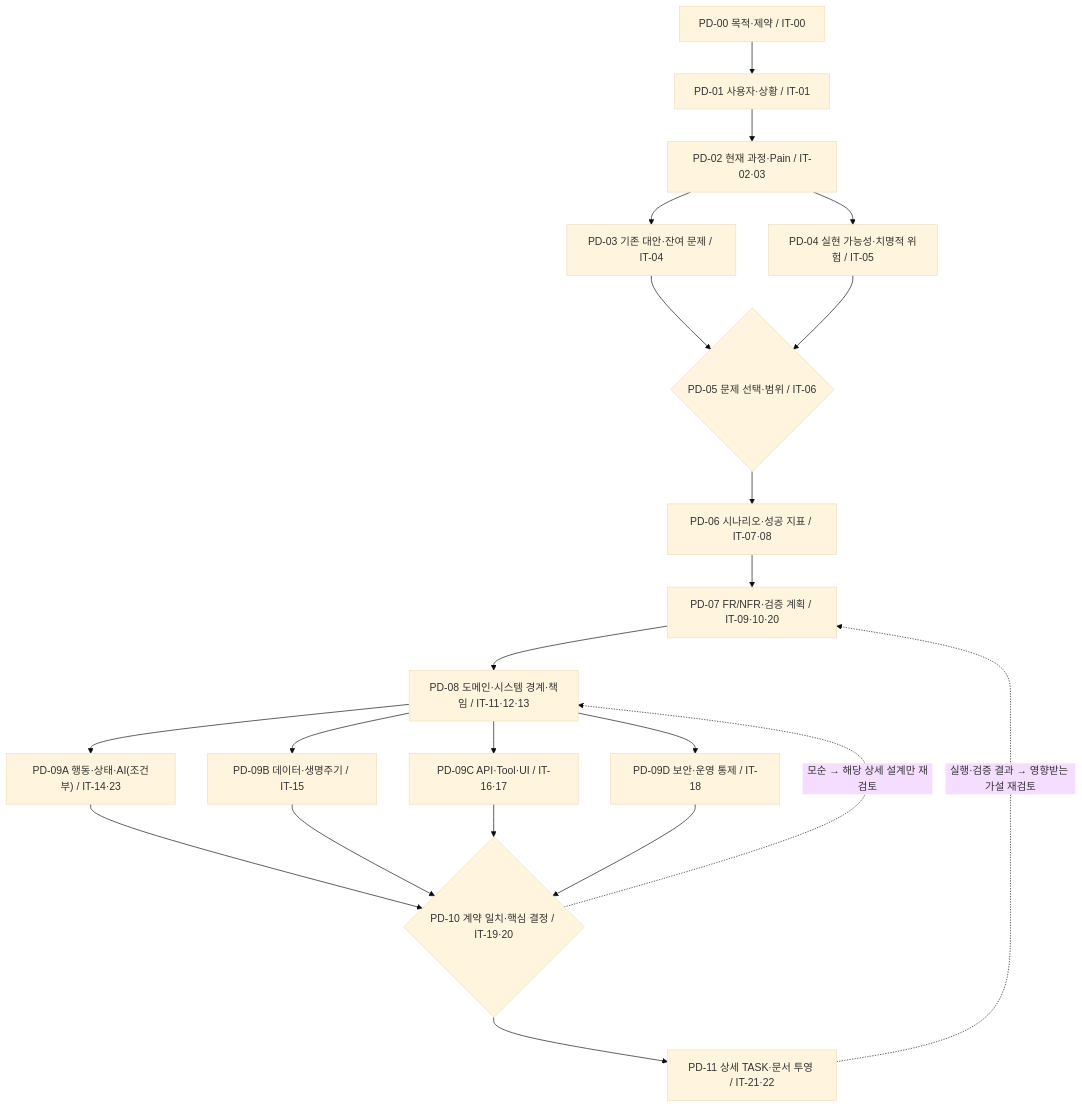
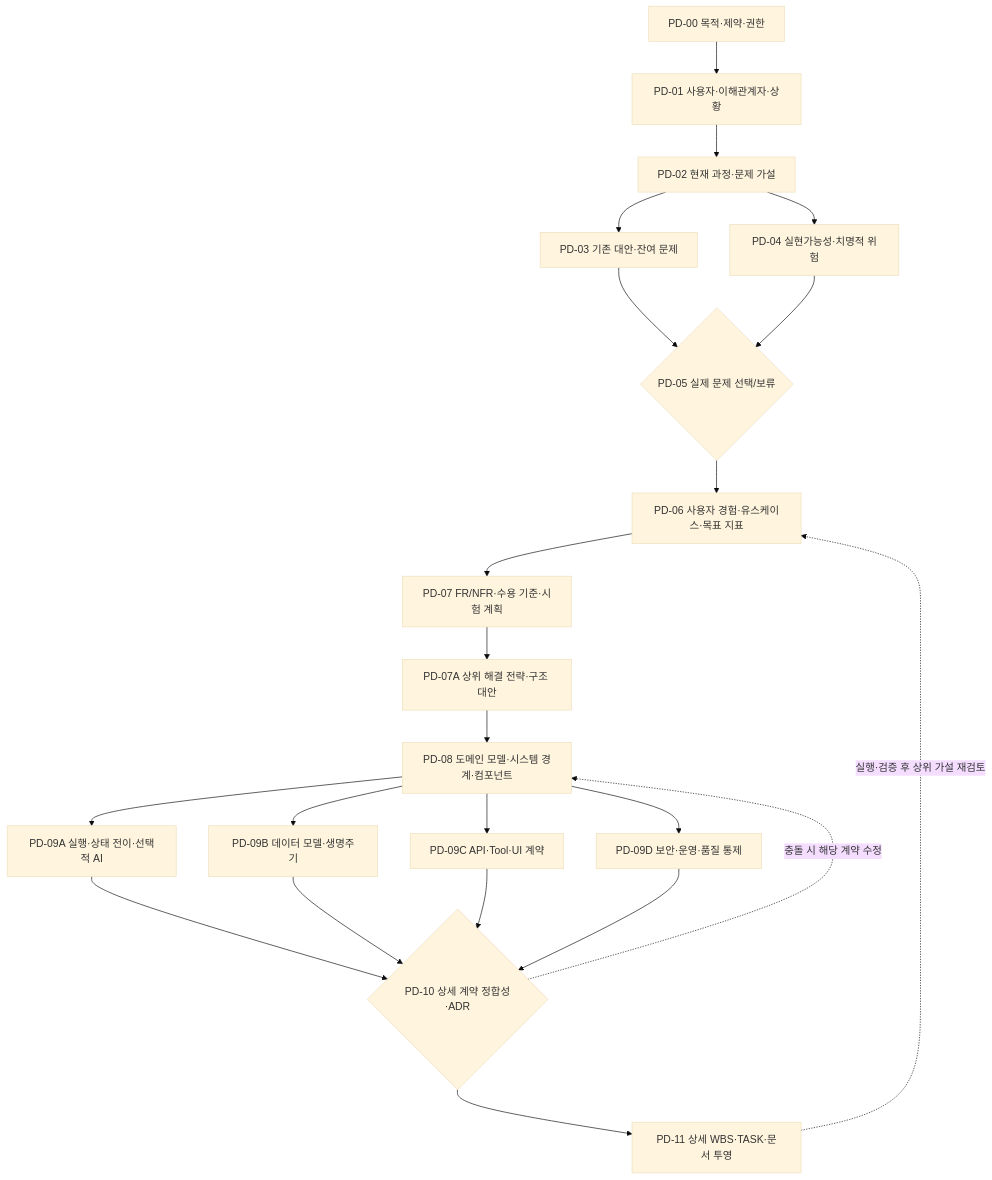
The diagram in docs/deliverables/PLANNING-DESIGN-INFO-MODEL.md (ik-e/chaja-you), drawn with Mermaid (base theme) before and after one commit. The commit also changed other lines of this file, not shown here.

Commit message:
docs(R01): revise planning-to-design model V2 with concrete schema, dependency flow, and pilot validation

````diff
--- a/docs/deliverables/PLANNING-DESIGN-INFO-MODEL.md
+++ b/docs/deliverables/PLANNING-DESIGN-INFO-MODEL.md
@@ -18,23 +9,24 @@
 ```mermaid
 flowchart TD
- A["PD-00 목적·제약 / IT-00"] --> B["PD-01 사용자·상황 / IT-01"]
- B --> C["PD-02 현재 과정·Pain / IT-02·03"]
- C --> D["PD-03 기존 대안·잔여 문제 / IT-04"]
- C --> E["PD-04 실현 가능성·치명적 위험 / IT-05"]
- D --> F{"PD-05 문제 선택·범위 / IT-06"}
- E --> F
- F --> G["PD-06 시나리오·성공 지표 / IT-07·08"]
- G --> H["PD-07 FR/NFR·검증 계획 / IT-09·10·20"]
- H --> I["PD-08 도메인·시스템 경계·책임 / IT-11·12·13"]
- I --> J["PD-09A 행동·상태·AI(조건부) / IT-14·23"]
- I --> K["PD-09B 데이터·생명주기 / IT-15"]
- I --> L["PD-09C API·Tool·UI / IT-16·17"]
- I --> M["PD-09D 보안·운영 통제 / IT-18"]
- J --> N{"PD-10 계약 일치·핵심 결정 / IT-19·20"}
- K --> N
- L --> N
- M --> N
- N --> O["PD-11 상세 TASK·문서 투영 / IT-21·22"]
- N -. "모순 → 해당 상세 설계만 재검토" .-> I
- O -. "실행·검증 결과 → 영향받는 가설 재검토" .-> H
+  A["PD-00 목적·제약·권한"] --> B["PD-01 사용자·이해관계자·상황"]
+  B --> C["PD-02 현재 과정·문제 가설"]
+  C --> D["PD-03 기존 대안·잔여 문제"]
+  C --> E["PD-04 실현가능성·치명적 위험"]
+  D --> F{"PD-05 실제 문제 선택/보류"}
+  E --> F
+  F --> G["PD-06 사용자 경험·유스케이스·목표 지표"]
+  G --> H["PD-07 FR/NFR·수용 기준·시험 계획"]
+  H --> I["PD-07A 상위 해결 전략·구조 대안"]
+  I --> J["PD-08 도메인 모델·시스템 경계·컴포넌트"]
+  J --> K["PD-09A 실행·상태 전이·선택적 AI"]
+  J --> L["PD-09B 데이터 모델·생명주기"]
+  J --> M["PD-09C API·Tool·UI 계약"]
+  J --> N["PD-09D 보안·운영·품질 통제"]
+  K --> O{"PD-10 상세 계약 정합성·ADR"}
+  L --> O
+  M --> O
+  N --> O
+  O --> P["PD-11 상세 WBS·TASK·문서 투영"]
+  O -. "충돌 시 해당 계약 수정" .-> J
+  P -. "실행·검증 후 상위 가설 재검토" .-> G
 ```
````
